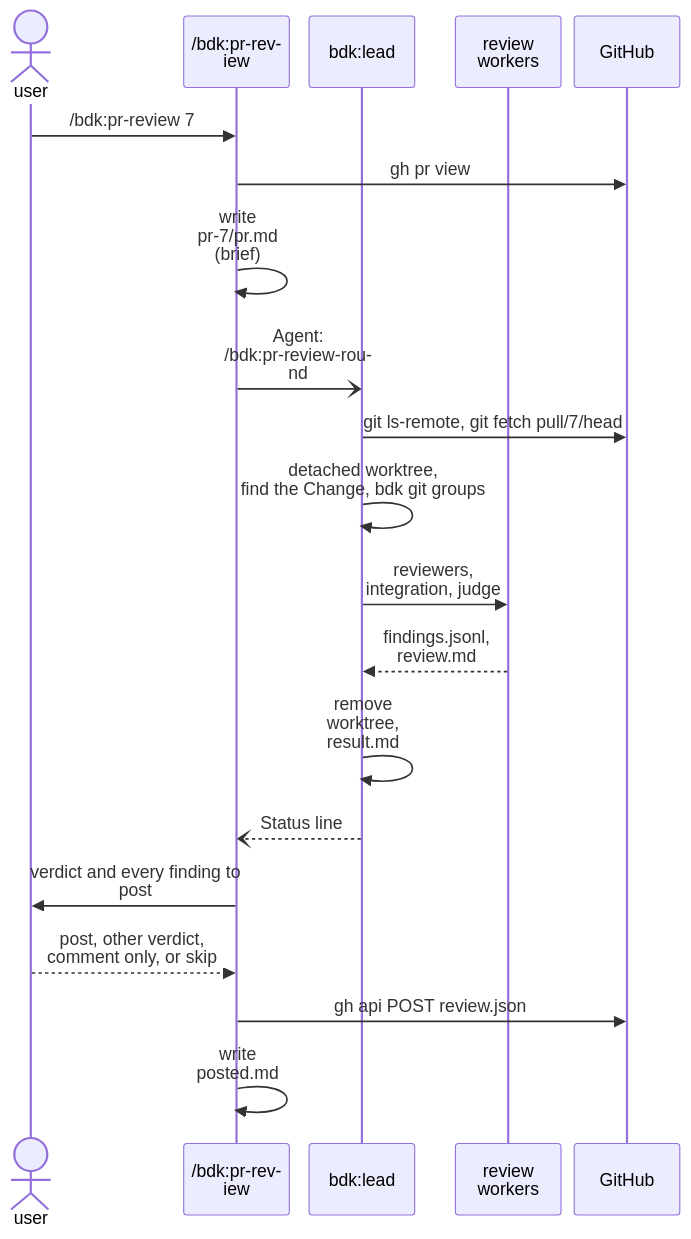
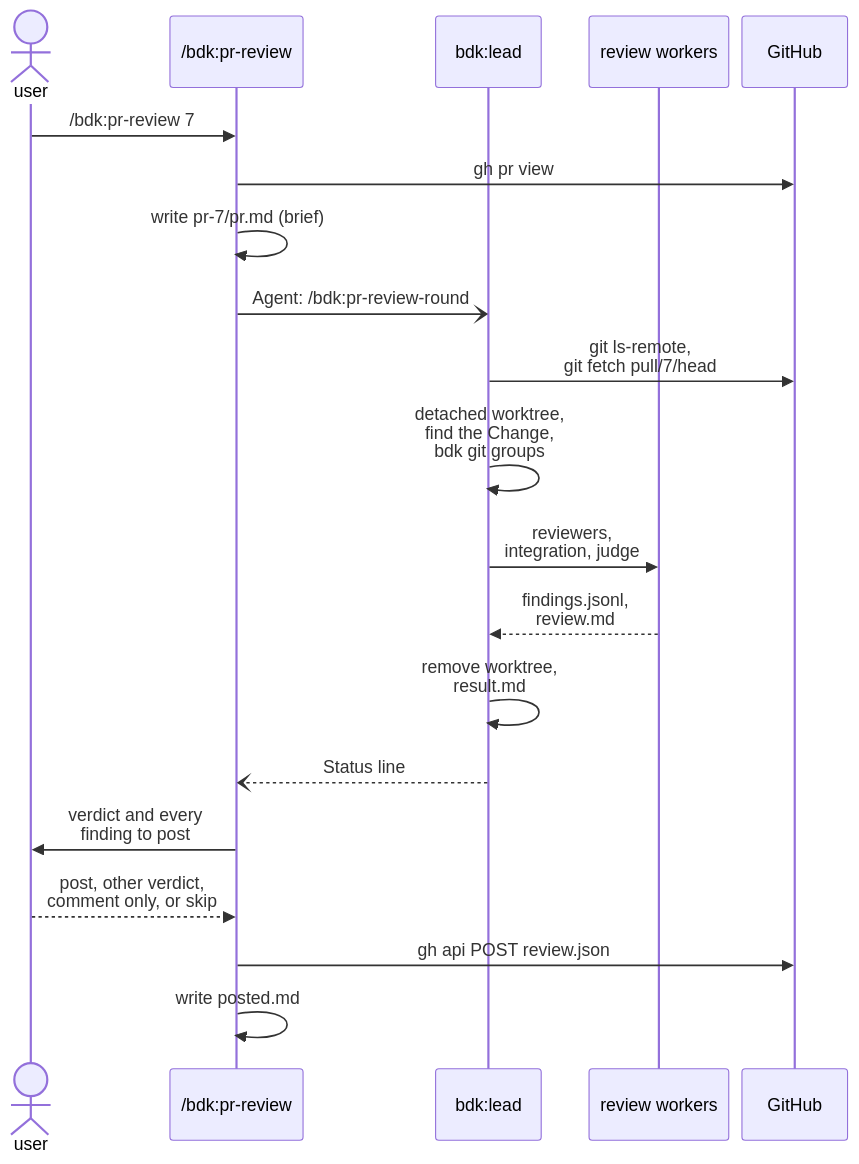
One commit to broneq/bdk changed diagram 13 of 15 in docs/concepts/orchestrators.md. Above: the diagram before and after it, drawn with Mermaid. The commit also changed other lines of this file and 10 other files, not shown here.

First line of the commit message:
fix(docs): keep sequence diagram names whole

````diff
--- a/docs/concepts/orchestrators.md
+++ b/docs/concepts/orchestrators.md
@@ -305,23 +305,23 @@
 ```mermaid
-%%{init: {"sequence": {"actorMargin": 12, "width": 96, "noteMargin": 6, "wrap": true}}}%%
+%%{init: {"sequence": {"actorMargin": 12, "width": 96, "noteMargin": 6}}}%%
 sequenceDiagram
   actor U as user
   participant M as /bdk:pr-review
   participant L as bdk:lead
   participant W as review workers
   participant G as GitHub
   U->>M: /bdk:pr-review 7
   M->>G: gh pr view
   M->>M: write pr-7/pr.md (brief)
   M-)L: Agent: /bdk:pr-review-round
-  L->>G: git ls-remote, git fetch pull/7/head
-  L->>L: detached worktree,<br/>find the Change, bdk git groups
-  L->>W: reviewers, integration, judge
-  W-->>L: findings.jsonl, review.md
-  L->>L: remove worktree, result.md
+  L->>G: git ls-remote,<br/>git fetch pull/7/head
+  L->>L: detached worktree,<br/>find the Change,<br/>bdk git groups
+  L->>W: reviewers,<br/>integration, judge
+  W-->>L: findings.jsonl,<br/>review.md
+  L->>L: remove worktree,<br/>result.md
   L--)M: Status line
-  M->>U: verdict and every finding to post
+  M->>U: verdict and every<br/>finding to post
   U-->>M: post, other verdict,<br/>comment only, or skip
   M->>G: gh api POST review.json
   M->>M: write posted.md
 ```
````
